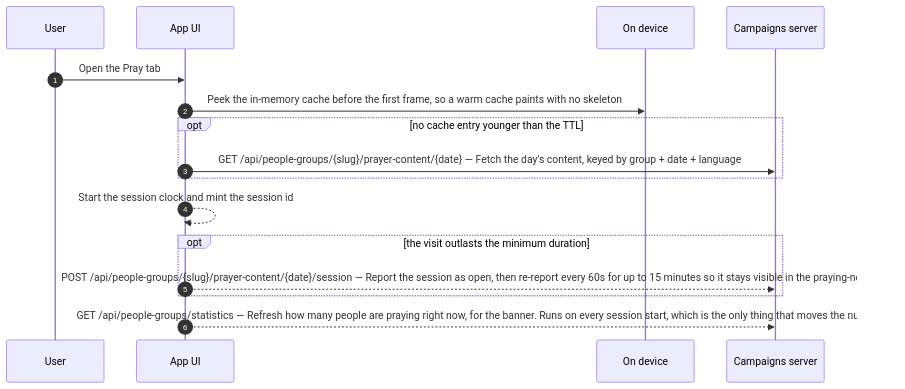
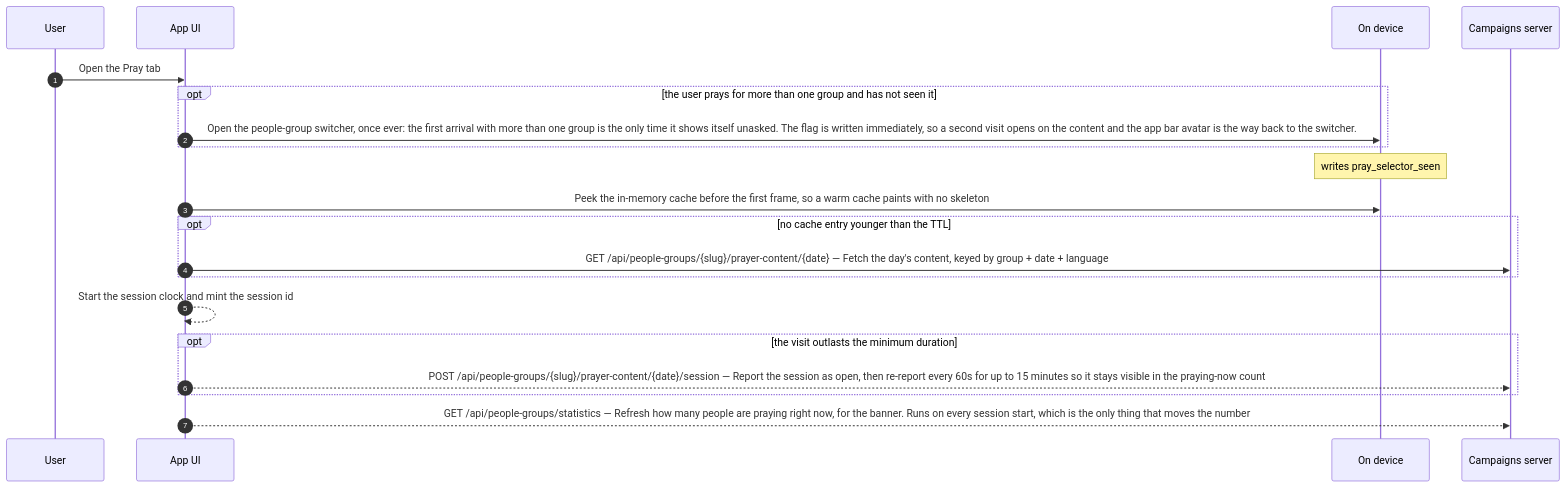
One commit to doxa-life/doxa-prayer-mobile-app changed the ninth of 26 diagrams in docs/architecture/actions.md. Above: the diagram before and after it, drawn with Mermaid. The commit also changed other lines of this file and 33 other files, not shown here.

````diff
--- a/docs/architecture/actions.md
+++ b/docs/architecture/actions.md
@@ -311,18 +311,22 @@
 ```mermaid
 sequenceDiagram
     autonumber
     participant U as User
     participant UI as App UI
     participant L as On device
     participant S as Campaigns server
     U->>UI: Open the Pray tab
+    opt the user prays for more than one group and has not seen it
+        UI->>L: Open the people-group switcher, once ever: the first arrival with more than one group is the only time it shows itself unasked. The flag is written immediately, so a second visit opens on the content and the app bar avatar is the way back to the switcher.
+    end
+    Note over L: writes pray_selector_seen
     UI->>L: Peek the in-memory cache before the first frame, so a warm cache paints with no skeleton
     opt no cache entry younger than the TTL
         UI->>S: GET /api/people-groups/{slug}/prayer-content/{date} — Fetch the day's content, keyed by group + date + language
     end
     UI-->>UI: Start the session clock and mint the session id
     opt the visit outlasts the minimum duration
         UI-->>S: POST /api/people-groups/{slug}/prayer-content/{date}/session — Report the session as open, then re-report every 60s for up to 15 minutes so it stays visible in the praying-now count
     end
     UI-->>S: GET /api/people-groups/statistics — Refresh how many people are praying right now, for the banner. Runs on every session start, which is the only thing that moves the number
 ```
````
